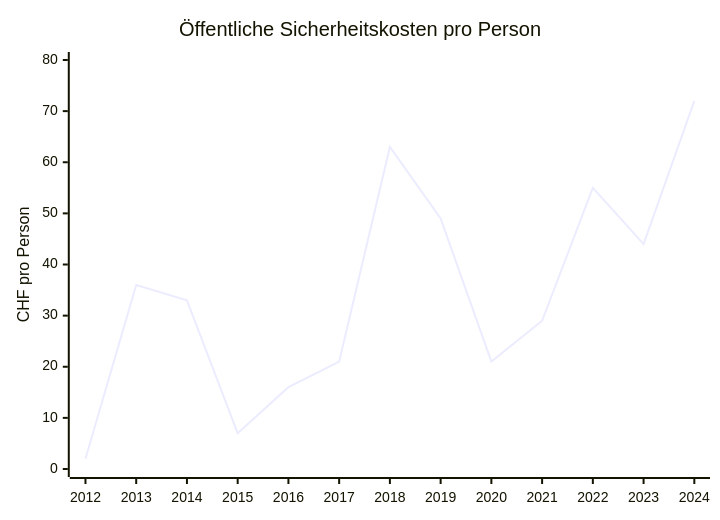
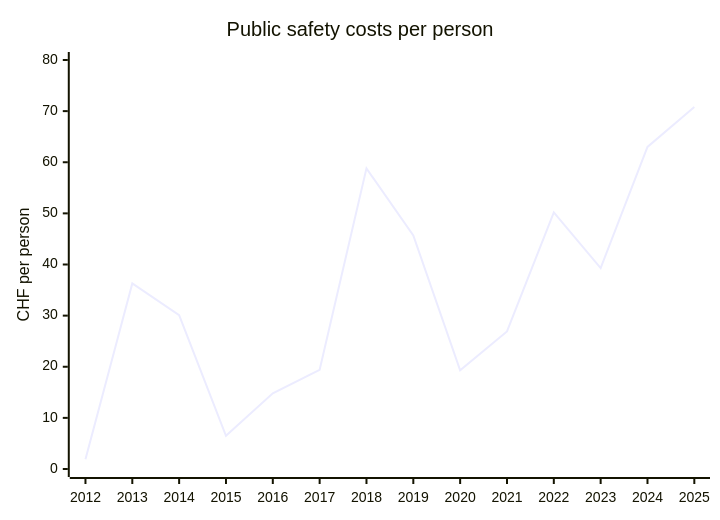
Before and after one commit to risajef/risajef.github.io: the fifth of 8 diagrams in docs/politik/finanzen-beringen.en.md, drawn with Mermaid. The commit also changed other lines of this file and 1 other file, not shown here.

````diff
--- a/docs/politik/finanzen-beringen.en.md
+++ b/docs/politik/finanzen-beringen.en.md
@@ -91,7 +91,7 @@
 ```mermaid
 xychart
-title "Öffentliche Sicherheitskosten pro Person"
-x-axis [2012, 2013, 2014, 2015, 2016, 2017, 2018, 2019, 2020, 2021, 2022, 2023, 2024]
-y-axis  "CHF pro Person" 0 --> 80
-line [2, 36, 33, 7, 16, 21, 63, 49, 21, 29, 55, 44, 72]
+title "Public safety costs per person"
+x-axis [2012, 2013, 2014, 2015, 2016, 2017, 2018, 2019, 2020, 2021, 2022, 2023, 2024, 2025]
+y-axis "CHF per person" 0 --> 80
+line [1.9, 36.3, 30.1, 6.5, 14.8, 19.4, 58.8, 45.7, 19.3, 26.9, 50.2, 39.3, 63.0, 70.8]
 ```
````
